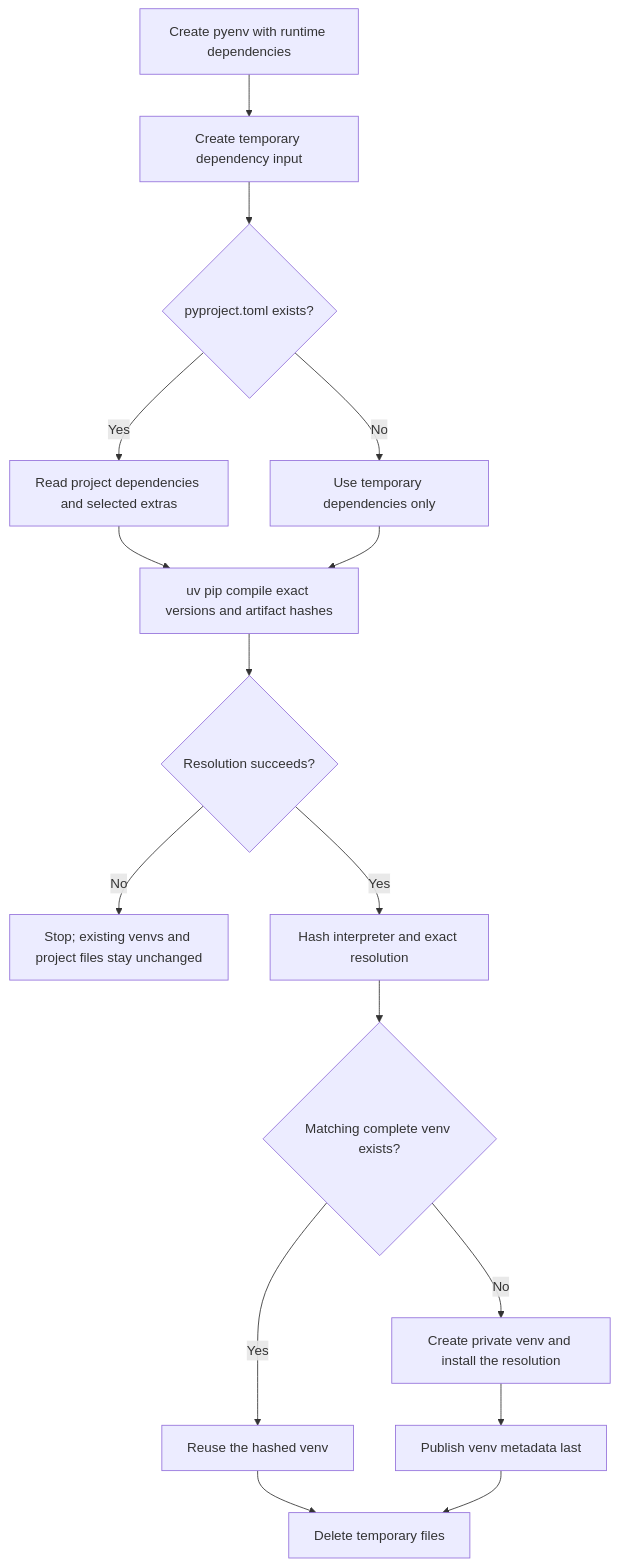
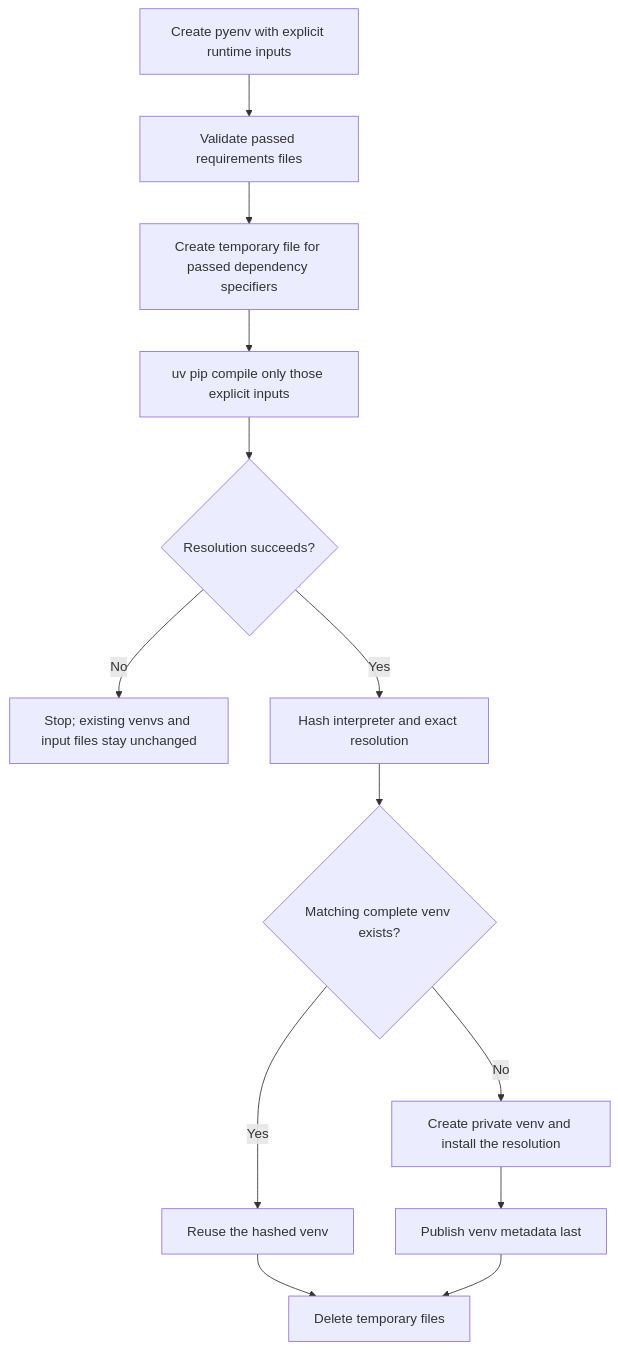
Before and after one commit to regbo/lfp-common: the diagram in docs/diagrams/runtime-dependencies.mmd, drawn with Mermaid. The commit also changed 15 other files, not shown here.

Commit message:
feat!: expose Python with explicit requirements

```diff
--- a/docs/diagrams/runtime-dependencies.mmd
+++ b/docs/diagrams/runtime-dependencies.mmd
@@ -1,16 +1,13 @@
 flowchart TD
-    A["Create pyenv with runtime dependencies"] --> B["Create temporary dependency input"]
-    B --> C{"pyproject.toml exists?"}
-    C -->|Yes| D["Read project dependencies and selected extras"]
-    C -->|No| E["Use temporary dependencies only"]
-    D --> F["uv pip compile exact versions and artifact hashes"]
-    E --> F
+    A["Create pyenv with explicit runtime inputs"] --> B["Validate passed requirements files"]
+    B --> C["Create temporary file for passed dependency specifiers"]
+    C --> F["uv pip compile only those explicit inputs"]
     F --> G{"Resolution succeeds?"}
-    G -->|No| H["Stop; existing venvs and project files stay unchanged"]
+    G -->|No| H["Stop; existing venvs and input files stay unchanged"]
     G -->|Yes| I["Hash interpreter and exact resolution"]
     I --> J{"Matching complete venv exists?"}
     J -->|Yes| K["Reuse the hashed venv"]
     J -->|No| L["Create private venv and install the resolution"]
     L --> M["Publish venv metadata last"]
     K --> N["Delete temporary files"]
     M --> N
```
